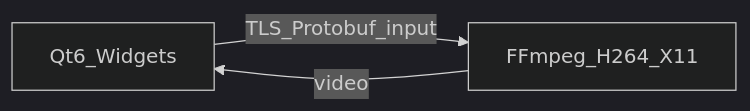
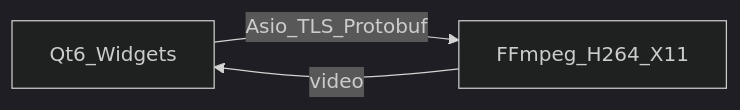
The diagram in .cursor/brain/CONTEXT.md (ArmaghanAsghar/TeamViewer), drawn with Mermaid (dark theme) before and after one commit. The commit also changed other lines of this file and 50 other files, not shown here.

````diff
--- a/.cursor/brain/CONTEXT.md
+++ b/.cursor/brain/CONTEXT.md
@@ -5,5 +5,5 @@
 ```mermaid
 flowchart LR
-  QtUI[Qt6_Widgets] -->|"TLS_Protobuf_input"| Host
+  QtUI[Qt6_Widgets] -->|"Asio_TLS_Protobuf"| Host
   Host[FFmpeg_H264_X11] -->|"video"| QtUI
 ```
````
